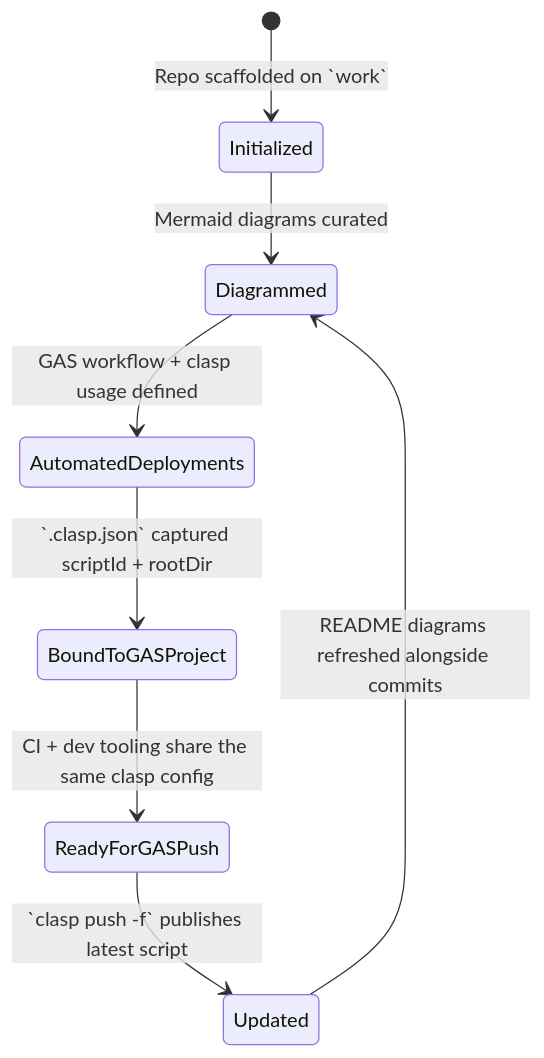
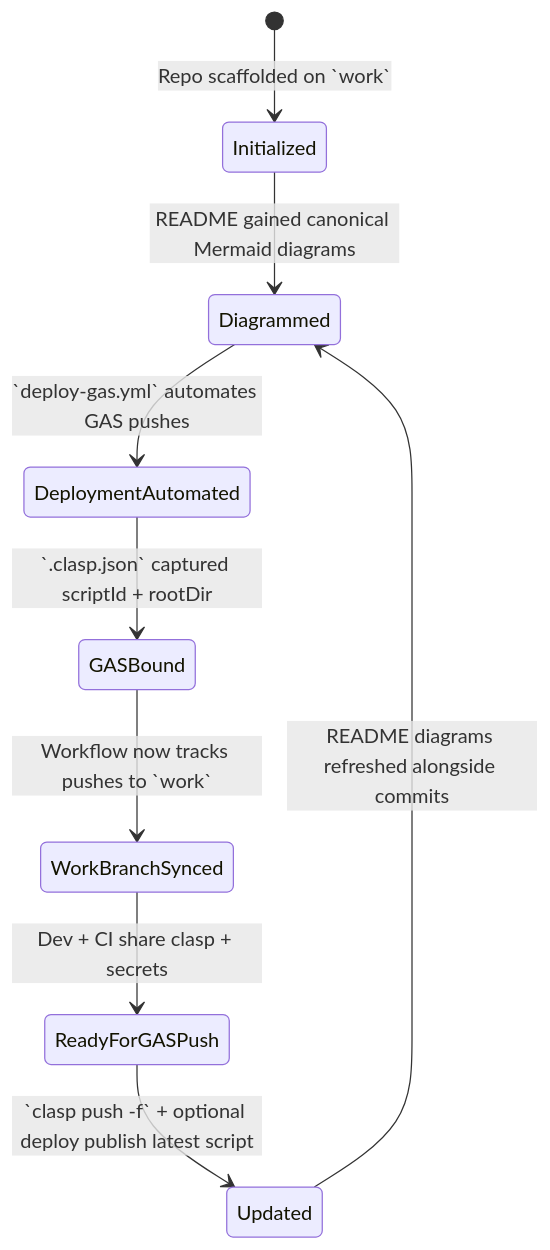
The second of 5 diagrams in README.md (muyueh/test-clasp), drawn with Mermaid before and after one commit. The commit also changed other lines of this file, not shown here.

Commit message:
Update README diagrams

````diff
--- a/README.md
+++ b/README.md
@@ -26,10 +30,11 @@
 ```mermaid
 stateDiagram-v2
     [*] --> Initialized: Repo scaffolded on `work`
-    Initialized --> Diagrammed: Mermaid diagrams curated
-    Diagrammed --> AutomatedDeployments: GAS workflow + clasp usage defined
-    AutomatedDeployments --> BoundToGASProject: `.clasp.json` captured scriptId + rootDir
-    BoundToGASProject --> ReadyForGASPush: CI + dev tooling share the same clasp config
-    ReadyForGASPush --> Updated: `clasp push -f` publishes latest script
+    Initialized --> Diagrammed: README gained canonical Mermaid diagrams
+    Diagrammed --> DeploymentAutomated: `deploy-gas.yml` automates GAS pushes
+    DeploymentAutomated --> GASBound: `.clasp.json` captured scriptId + rootDir
+    GASBound --> WorkBranchSynced: Workflow now tracks pushes to `work`
+    WorkBranchSynced --> ReadyForGASPush: Dev + CI share clasp + secrets
+    ReadyForGASPush --> Updated: `clasp push -f` + optional deploy publish latest script
     Updated --> Diagrammed: README diagrams refreshed alongside commits
 ```
````
